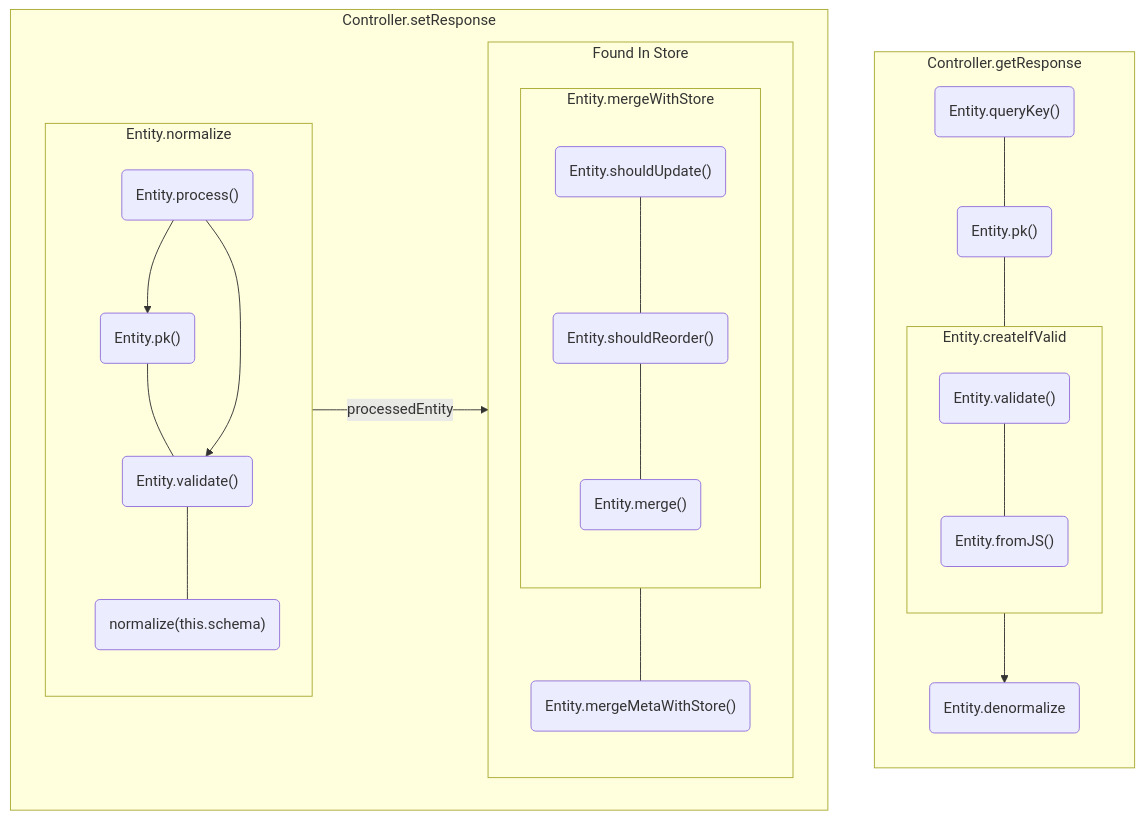
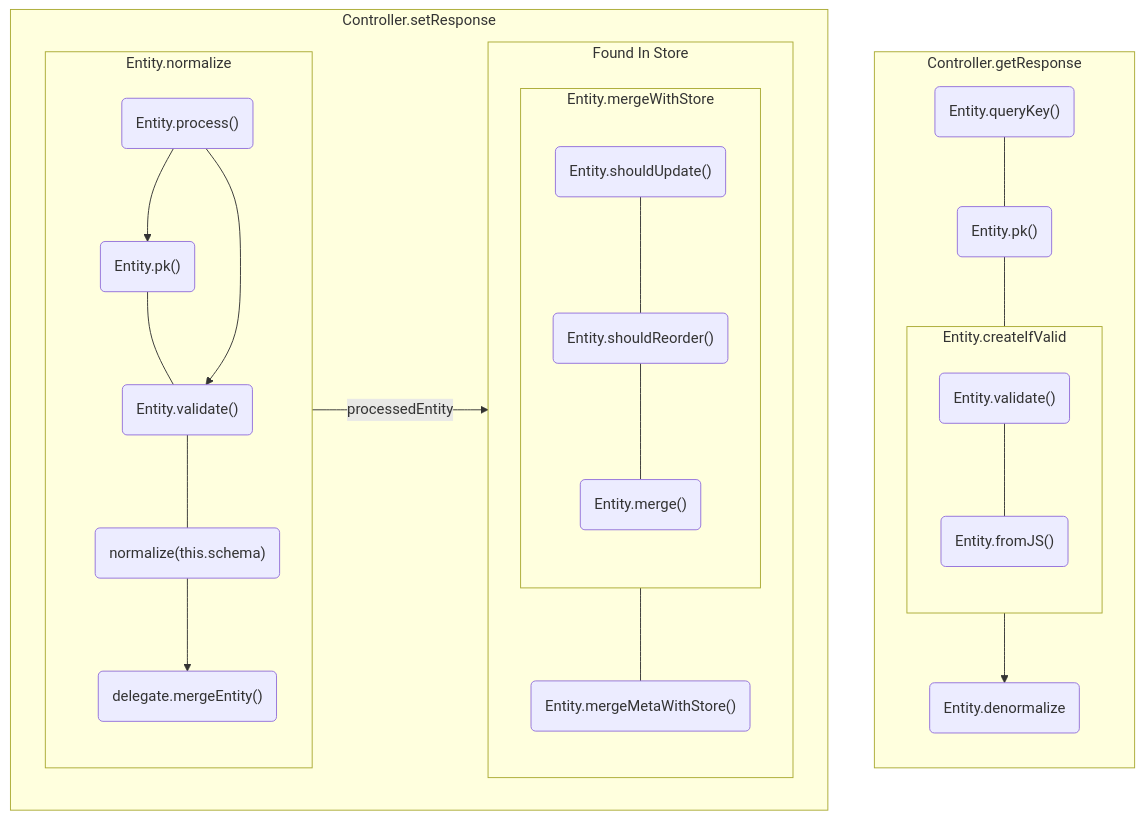
Before and after one commit to reactive/data-client: the diagram in docs/graphql/diagrams/_entity_lifecycle.mdx, drawn with Mermaid. The commit also changed 3 other files, not shown here.

Commit message:
docs: Update entity lifecycle to include delegate.mergeEntity

````diff
--- a/docs/graphql/diagrams/_entity_lifecycle.mdx
+++ b/docs/graphql/diagrams/_entity_lifecycle.mdx
@@ -1,43 +1,44 @@
 ```mermaid
 flowchart BT
   subgraph Controller.getResponse
     queryKey("Entity.queryKey()")---pk2
     pk2("Entity.pk()")---Entity.createIfValid
     subgraph Entity.createIfValid
       direction TB
       validate2("Entity.validate()")---fromJS("Entity.fromJS()")
     end
     Entity.createIfValid-->denormNest("Entity.denormalize")
   end
   subgraph Controller.setResponse
     direction LR
     subgraph Entity.normalize
       direction TB
       process("Entity.process()")-->pk("Entity.pk()")
       pk---validate("Entity.validate()")
       process-->validate
       validate---normNest("normalize(this.schema)")
+      normNest-->mergeEntity("delegate.mergeEntity()")
     end
     Entity.normalize--processedEntity-->INSTORE
     subgraph INSTORE["Found In Store"]
       subgraph Entity.mergeWithStore
         direction TB
         shouldupdate("Entity.shouldUpdate()")---shouldreorder("Entity.shouldReorder()")
         shouldreorder---merge("Entity.merge()")
       end
       Entity.mergeWithStore---mergeMetaWithStore("Entity.mergeMetaWithStore()")
     end
   end
   click process "/rest/api/Entity#process"
   click pk "/rest/api/Entity#pk"
   click pk2 "/rest/api/Entity#pk"
   click fromJS "/rest/api/Entity#fromJS"
   click validate "/rest/api/Entity#validate"
   click validate2 "/rest/api/Entity#validate"
   click mergeMetaWithStore "/rest/api/Entity#mergeMetaWithStore"
   click shouldupdate "/rest/api/Entity#shouldupdate"
   click shouldreorder "/rest/api/Entity#shouldreorder"
   click mergewithstore "/rest/api/Entity#mergeWithStore"
   click merge "/rest/api/Entity#merge"
   click queryKey "/rest/api/Entity#queryKey"
 ```
````
